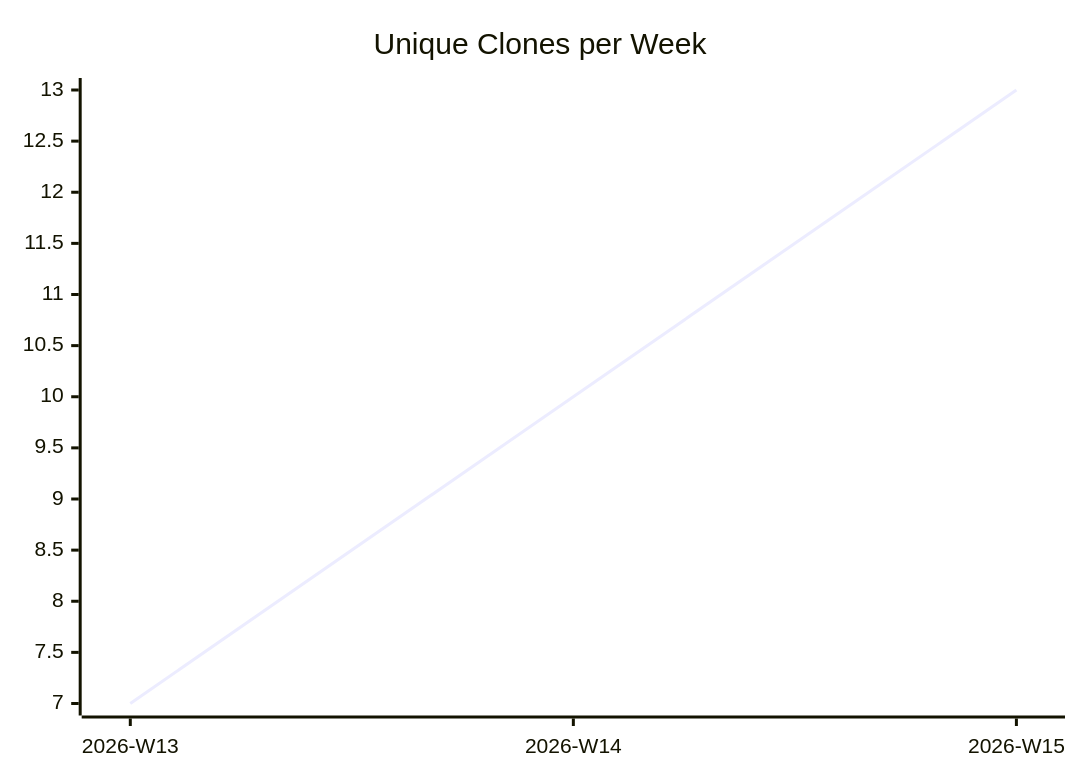
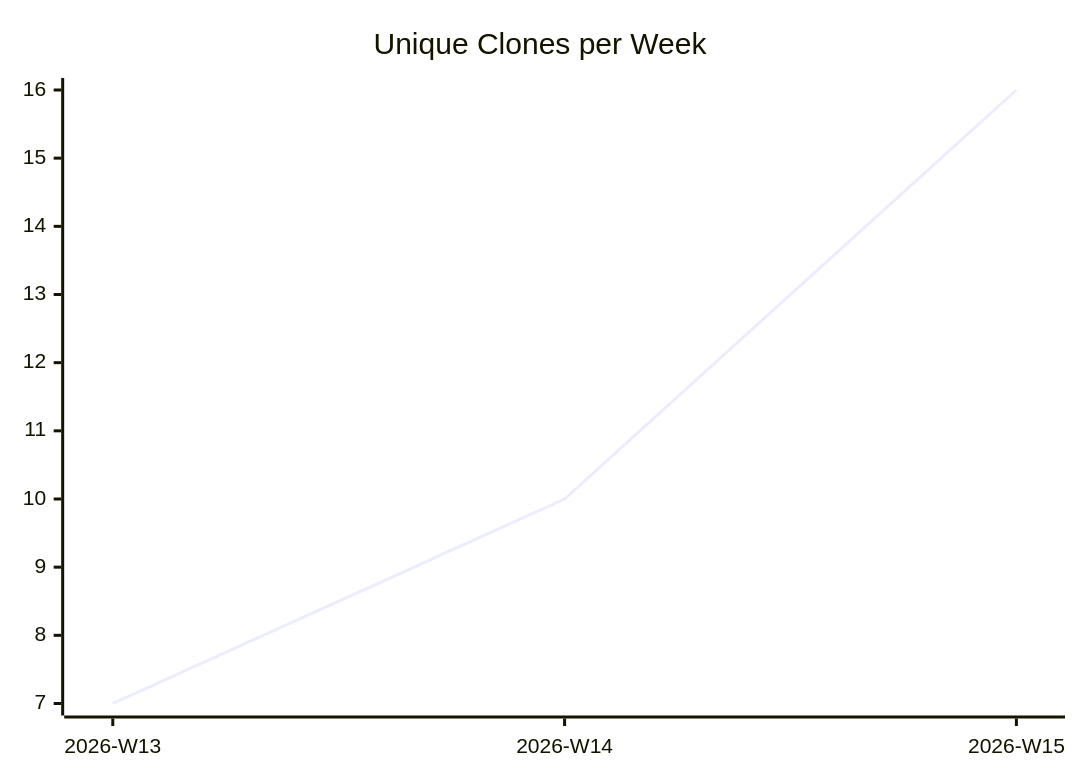
One commit to justdavis-family/github-analytics-data changed the third of 3 diagrams in karlmdavis/ksoap2-android/README.md. Above: the diagram before and after it, drawn with Mermaid. The commit also changed other lines of this file and 183 other files, not shown here.

````diff
--- a/karlmdavis/ksoap2-android/README.md
+++ b/karlmdavis/ksoap2-android/README.md
@@ -19,6 +19,6 @@
 ```mermaid
 xychart-beta
   title "Unique Clones per Week"
   x-axis ["2026-W13", "2026-W14", "2026-W15"]
-  line [7, 10, 13]
+  line [7, 10, 16]
 ```
````
